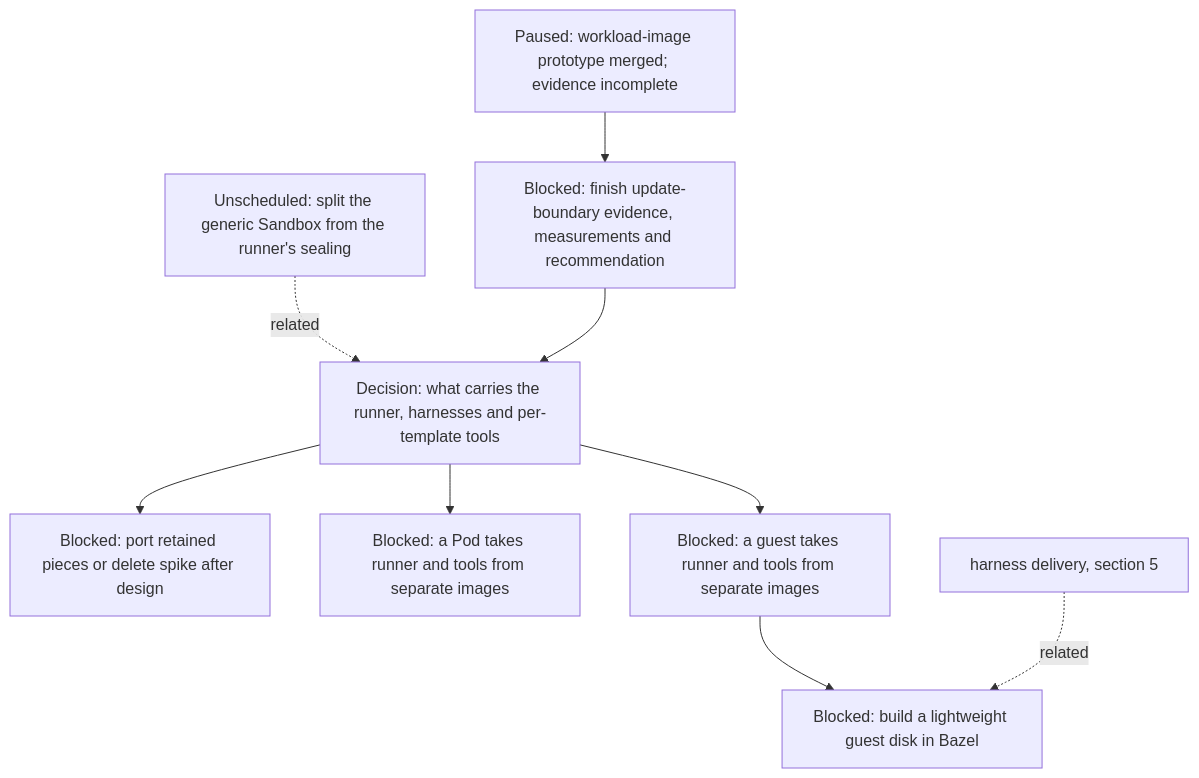
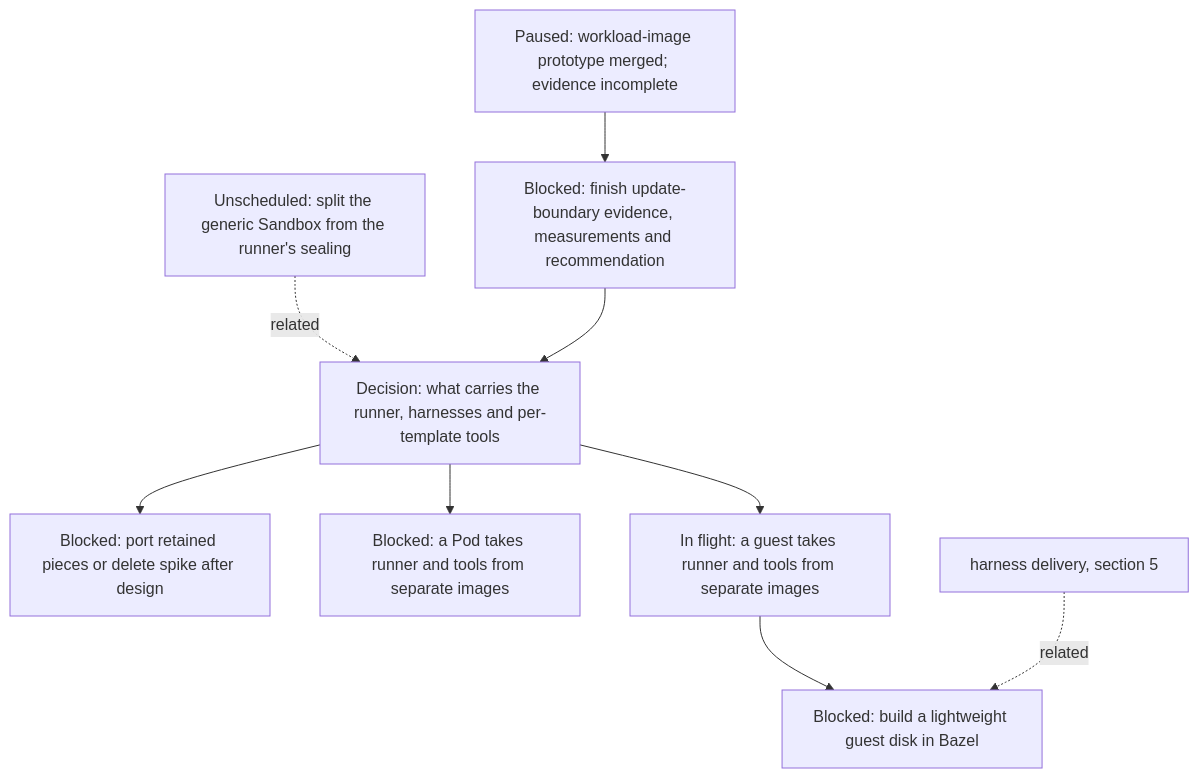
Before and after one commit to agentydragon-agent/ducktape: diagram 11 of 17 in agentplane/plans/task_dag.md, drawn with Mermaid. The commit also changed other lines of this file and 2 other files, not shown here.

First line of the commit message:
agentplane: refresh stale DAG status for the History port and runner disk (#11205)

````diff
--- a/agentplane/plans/task_dag.md
+++ b/agentplane/plans/task_dag.md
@@ -1376,16 +1376,16 @@
 ```mermaid
 flowchart TD
     SANDBOX_GENERIC_SPLIT[Unscheduled: split the generic Sandbox from the runner's sealing]
     RUNNER_IMAGE_LAYERING_DESIGN[Decision: what carries the runner, harnesses and per-template tools]
     RUNNER_LAYERING_SPIKE[Paused: workload-image prototype merged; evidence incomplete]
     RUNNER_LAYERING_SPIKE_EXIT[Blocked: finish update-boundary evidence, measurements and recommendation]
     RUNNER_LAYERING_SPIKE_RETIRE[Blocked: port retained pieces or delete spike after design]
     SANDBOX_GENERIC_SPLIT -. related .-> RUNNER_IMAGE_LAYERING_DESIGN
     RUNNER_LAYERING_SPIKE --> RUNNER_LAYERING_SPIKE_EXIT
     RUNNER_LAYERING_SPIKE_EXIT --> RUNNER_IMAGE_LAYERING_DESIGN
     RUNNER_IMAGE_LAYERING_DESIGN --> RUNNER_LAYERING_SPIKE_RETIRE
     RUNNER_IMAGE_LAYERING_DESIGN --> RUNNER_LAYERING_POD[Blocked: a Pod takes runner and tools from separate images]
-    RUNNER_IMAGE_LAYERING_DESIGN --> RUNNER_LAYERING_VM[Blocked: a guest takes runner and tools from separate images]
+    RUNNER_IMAGE_LAYERING_DESIGN --> RUNNER_LAYERING_VM[In flight: a guest takes runner and tools from separate images]
     RUNNER_LAYERING_VM --> K3S_VM_IMAGE[Blocked: build a lightweight guest disk in Bazel]
     RUNNER_HARNESS_DELIVERY_DESIGN[harness delivery, section 5] -. related .-> K3S_VM_IMAGE
 ```
````
